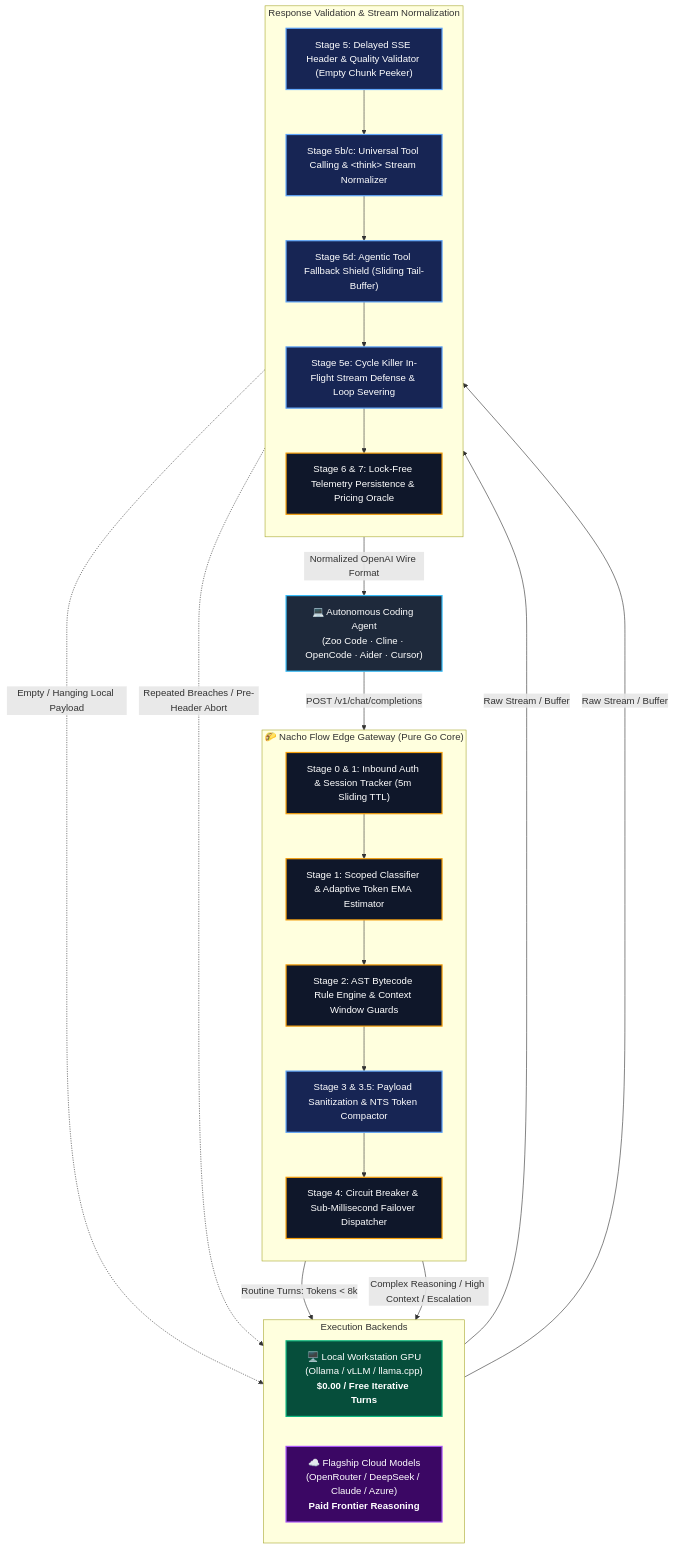
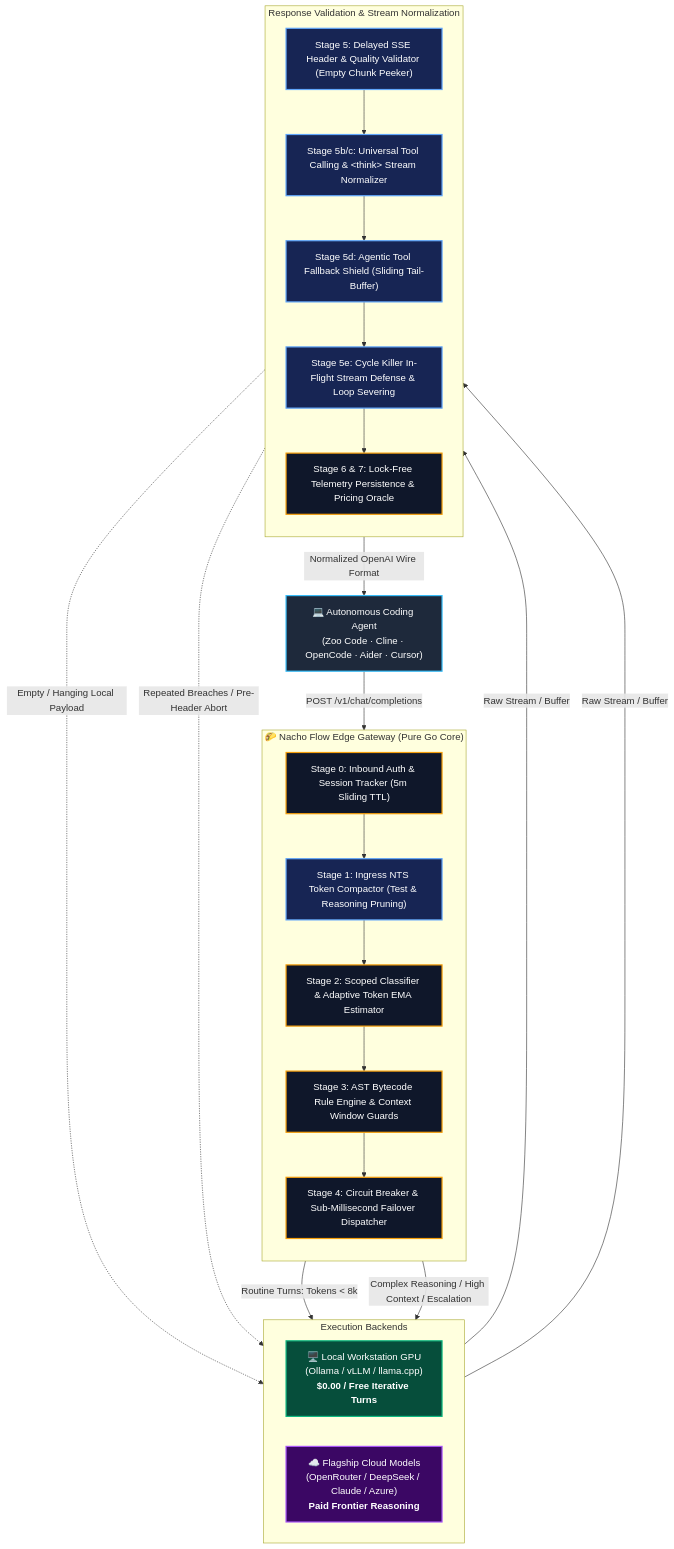
Before and after one commit to dixieflatline76/nacho-flow: the first of 4 diagrams in docs/ARCHITECTURE.md, drawn with Mermaid. The commit also changed other lines of this file and 11 other files, not shown here.

````diff
--- a/docs/ARCHITECTURE.md
+++ b/docs/ARCHITECTURE.md
@@ -9,49 +9,49 @@
 ```mermaid
 flowchart TD
     classDef client fill:#1e293b,stroke:#38bdf8,stroke-width:2px,color:#fff;
     classDef core fill:#0f172a,stroke:#f59e0b,stroke-width:2px,color:#fff;
     classDef local fill:#064e3b,stroke:#10b981,stroke-width:2px,color:#fff;
     classDef cloud fill:#3b0764,stroke:#a855f7,stroke-width:2px,color:#fff;
     classDef tool fill:#172554,stroke:#60a5fa,stroke-width:2px,color:#fff;
 
     Client["💻 Autonomous Coding Agent<br/>(Zoo Code · Cline · OpenCode · Aider · Cursor)"]:::client
 
     subgraph NachoGateway ["🌮 Nacho Flow Edge Gateway (Pure Go Core)"]
         direction TB
-        Auth["Stage 0 & 1: Inbound Auth & Session Tracker (5m Sliding TTL)"]:::core
-        Classifier["Stage 1: Scoped Classifier & Adaptive Token EMA Estimator"]:::core
-        Evaluator["Stage 2: AST Bytecode Rule Engine & Context Window Guards"]:::core
-        NTSCompactor["Stage 3 & 3.5: Payload Sanitization & NTS Token Compactor"]:::tool
+        Auth["Stage 0: Inbound Auth & Session Tracker (5m Sliding TTL)"]:::core
+        NTSCompactor["Stage 1: Ingress NTS Token Compactor (Test & Reasoning Pruning)"]:::tool
+        Classifier["Stage 2: Scoped Classifier & Adaptive Token EMA Estimator"]:::core
+        Evaluator["Stage 3: AST Bytecode Rule Engine & Context Window Guards"]:::core
         CircuitBreaker["Stage 4: Circuit Breaker & Sub-Millisecond Failover Dispatcher"]:::core
         
-        Auth --> Classifier --> Evaluator --> NTSCompactor --> CircuitBreaker
+        Auth --> NTSCompactor --> Classifier --> Evaluator --> CircuitBreaker
     end
 
     subgraph Endpoints ["Execution Backends"]
         direction LR
         LocalGPU["🖥️ Local Workstation GPU<br/>(Ollama / vLLM / llama.cpp)<br/><b>$0.00 / Free Iterative Turns</b>"]:::local
         CloudAPI["☁️ Flagship Cloud Models<br/>(OpenRouter / DeepSeek / Claude / Azure)<br/><b>Paid Frontier Reasoning</b>"]:::cloud
     end
 
     subgraph ProcessingStack ["Response Validation & Stream Normalization"]
         direction TB
         DelayedHeader["Stage 5: Delayed SSE Header & Quality Validator (Empty Chunk Peeker)"]:::tool
         ToolNormalizer["Stage 5b/c: Universal Tool Calling & &lt;think&gt; Stream Normalizer"]:::tool
         Shield["Stage 5d: Agentic Tool Fallback Shield (Sliding Tail-Buffer)"]:::tool
         CycleKiller["Stage 5e: Cycle Killer In-Flight Stream Defense & Loop Severing"]:::tool
         Telemetry["Stage 6 & 7: Lock-Free Telemetry Persistence & Pricing Oracle"]:::core
 
         DelayedHeader --> ToolNormalizer --> Shield --> CycleKiller --> Telemetry
     end
 
     Client -->|POST /v1/chat/completions| Auth
     CircuitBreaker -->|Routine Turns: Tokens < 8k| LocalGPU
     CircuitBreaker -->|Complex Reasoning / High Context / Escalation| CloudAPI
 
     LocalGPU -->|Raw Stream / Buffer| DelayedHeader
     CloudAPI -->|Raw Stream / Buffer| DelayedHeader
 
     DelayedHeader -.->|Empty / Hanging Local Payload| CloudAPI
     CycleKiller -.->|Repeated Breaches / Pre-Header Abort| CloudAPI
     Telemetry -->|Normalized OpenAI Wire Format| Client
 ```
````
